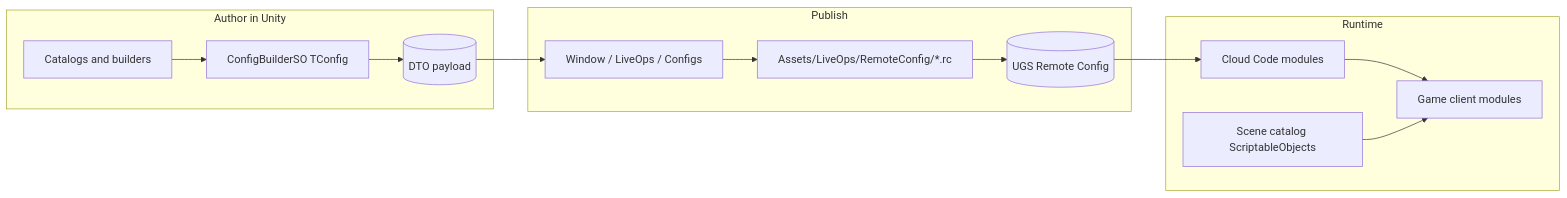
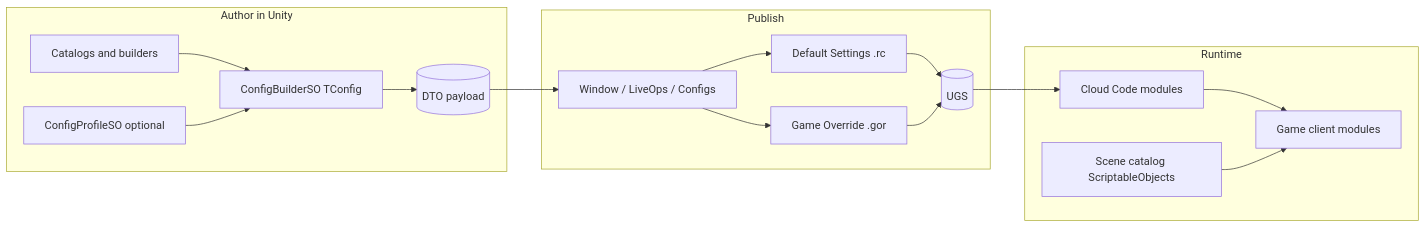
The diagram in Docs/LiveOps/AuthoringPipeline.md (DuckDuckWeasel/Gear-Engine), drawn with Mermaid before and after one commit. The commit also changed other lines of this file and 27 other files, not shown here.

First line of the commit message:
feat(liveops): config profiles, Game Overrides (.gor), and RC metadata

````diff
--- a/Docs/LiveOps/AuthoringPipeline.md
+++ b/Docs/LiveOps/AuthoringPipeline.md
@@ -7,24 +7,29 @@
 ```mermaid
 flowchart LR
   subgraph author [Author in Unity]
     catalogs[Catalogs and builders]
+    profiles[ConfigProfileSO optional]
     catalogs --> builderSO[ConfigBuilderSO TConfig]
+    profiles --> builderSO
     builderSO --> dto[(DTO payload)]
   end
   subgraph publish [Publish]
     window[Window / LiveOps / Configs]
-    rc[Assets/LiveOps/RemoteConfig/*.rc]
-    ugs[(UGS Remote Config)]
+    rc[Default Settings .rc]
+    gor[Game Override .gor]
+    ugs[(UGS)]
     dto --> window
     window --> rc
+    window --> gor
     rc --> ugs
+    gor --> ugs
   end
   subgraph runtime [Runtime]
     cc[Cloud Code modules]
     client[Game client modules]
     assets[Scene catalog ScriptableObjects]
     ugs --> cc
     cc --> client
     assets --> client
   end
 ```
````
